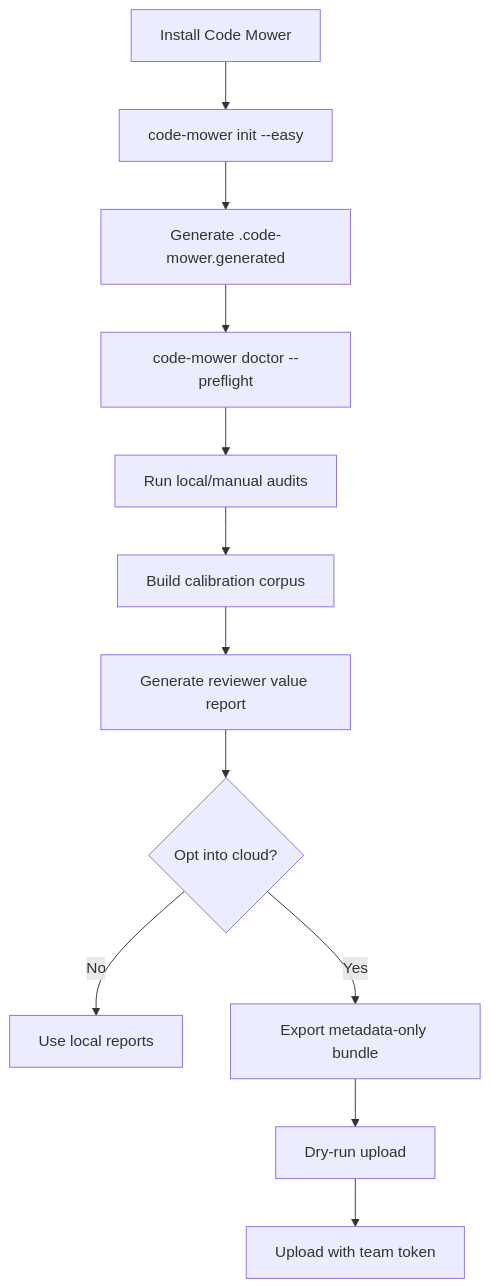
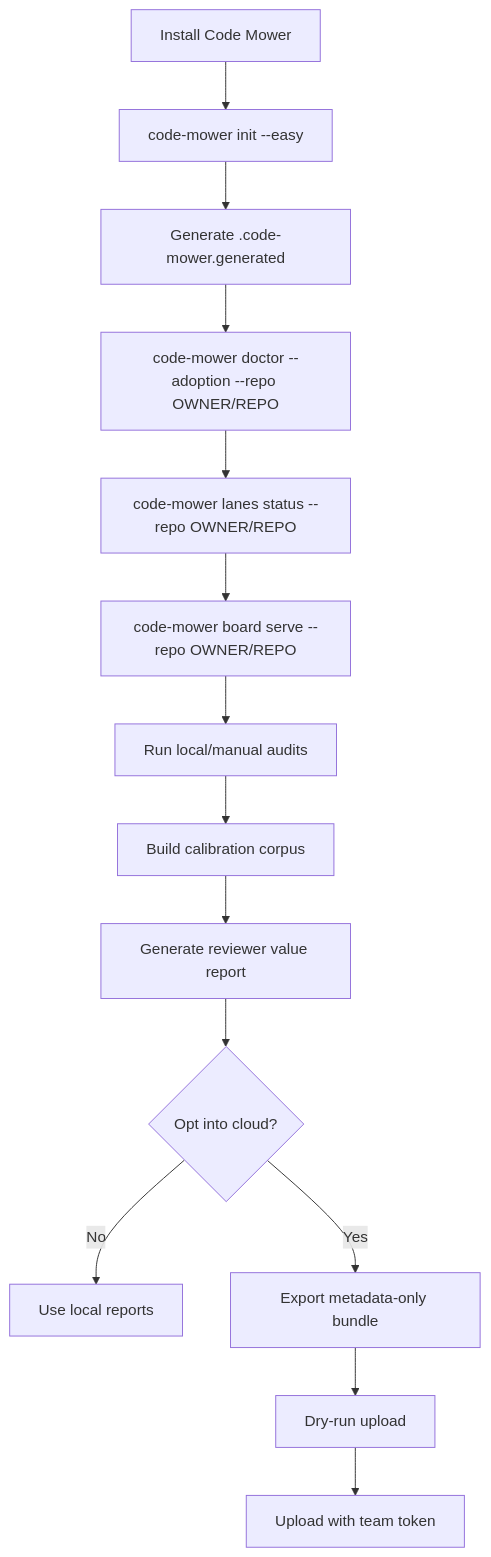
One commit to codemower-ai/code-mower changed the diagram in docs/architecture.md. Above: the diagram before and after it, drawn with Mermaid. The commit also changed 13 other files, not shown here.

Commit message:
feat: add local Code Mower board (#506)

````diff
--- a/docs/architecture.md
+++ b/docs/architecture.md
@@ -84,14 +84,16 @@
 ```mermaid
 flowchart TD
   A["Install Code Mower"] --> B["code-mower init --easy"]
   B --> C["Generate .code-mower.generated"]
-  C --> D["code-mower doctor --preflight"]
-  D --> E["Run local/manual audits"]
-  E --> F["Build calibration corpus"]
-  F --> G["Generate reviewer value report"]
-  G --> H{"Opt into cloud?"}
-  H -->|No| I["Use local reports"]
-  H -->|Yes| J["Export metadata-only bundle"]
-  J --> K["Dry-run upload"]
-  K --> L["Upload with team token"]
+  C --> D["code-mower doctor --adoption --repo OWNER/REPO"]
+  D --> E["code-mower lanes status --repo OWNER/REPO"]
+  E --> F["code-mower board serve --repo OWNER/REPO"]
+  F --> G["Run local/manual audits"]
+  G --> H["Build calibration corpus"]
+  H --> I["Generate reviewer value report"]
+  I --> J{"Opt into cloud?"}
+  J -->|No| K["Use local reports"]
+  J -->|Yes| L["Export metadata-only bundle"]
+  L --> M["Dry-run upload"]
+  M --> N["Upload with team token"]
 ```
````
